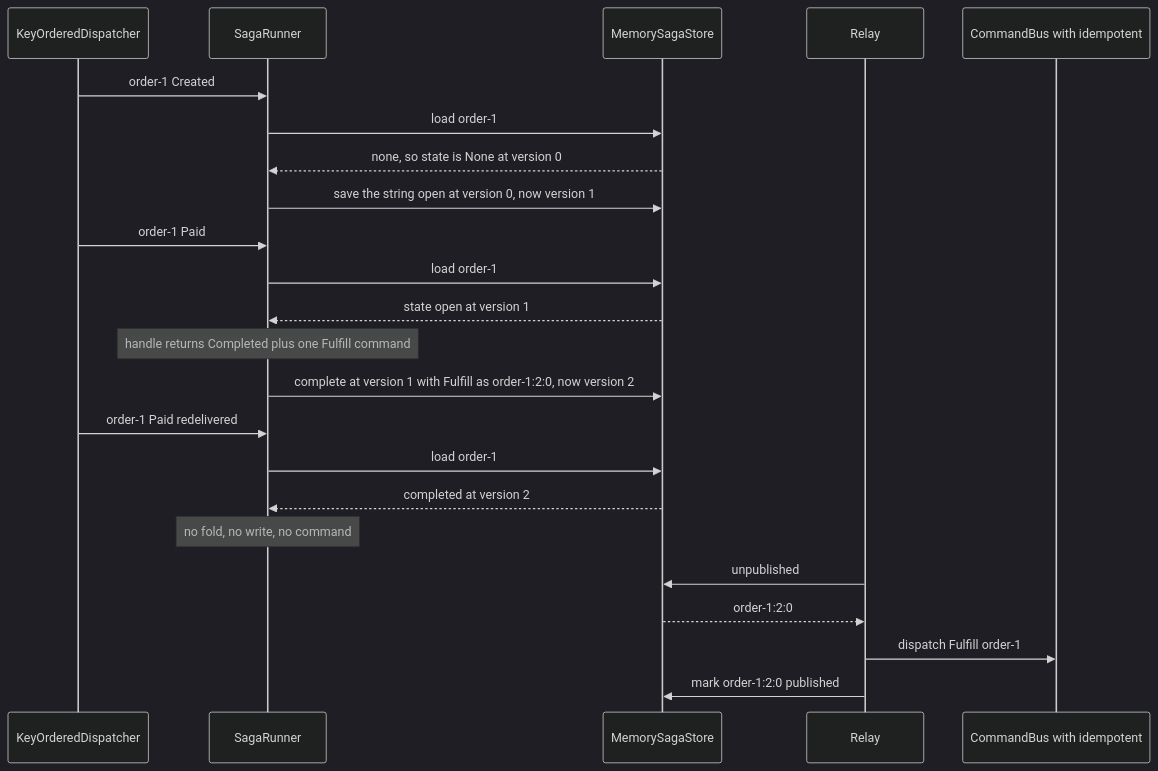
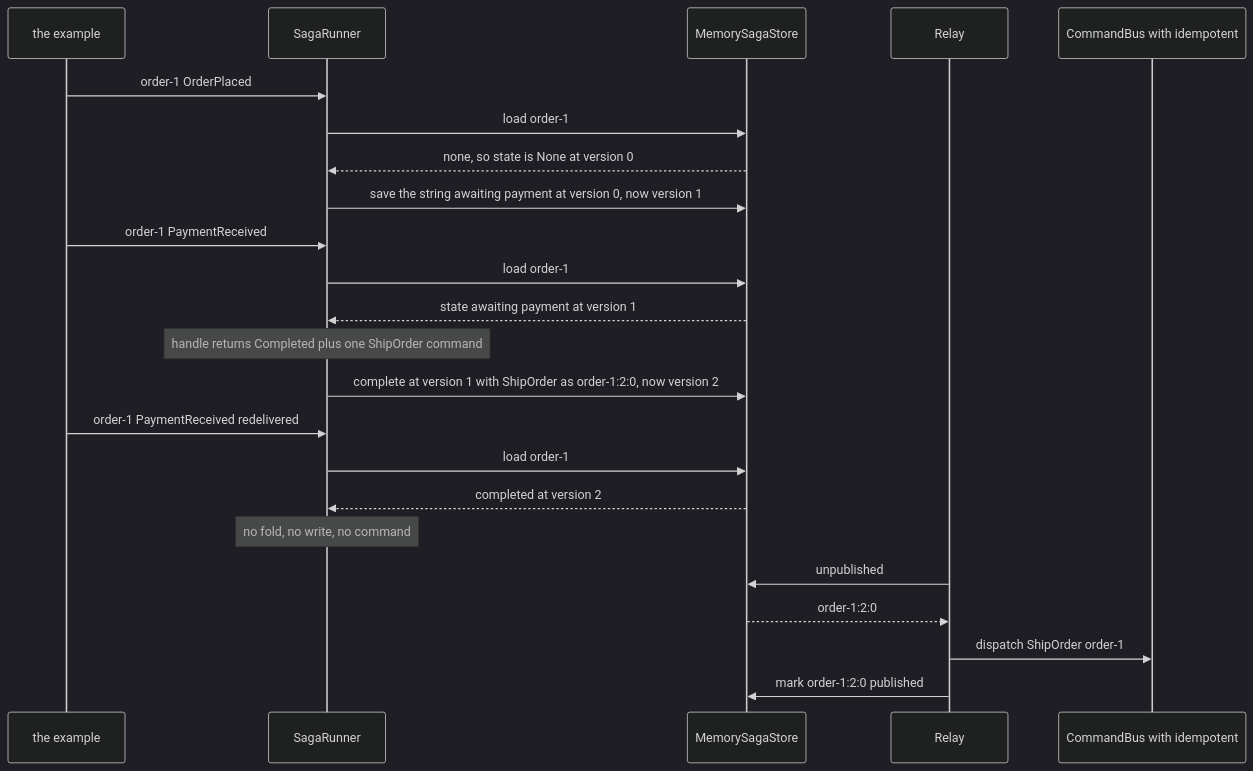
The third of 3 diagrams in docs/sdk/sagas.md (haskian/edax), drawn with Mermaid (dark theme) before and after one commit. The commit also changed other lines of this file and 49 other files, not shown here.

````diff
--- a/docs/sdk/sagas.md
+++ b/docs/sdk/sagas.md
@@ -215,25 +216,25 @@
 ```mermaid
 sequenceDiagram
-    participant D as KeyOrderedDispatcher
+    participant EX as the example
     participant RU as SagaRunner
     participant ST as MemorySagaStore
     participant RL as Relay
     participant CB as CommandBus with idempotent
-    D->>RU: order-1 Created
+    EX->>RU: order-1 OrderPlaced
     RU->>ST: load order-1
     ST-->>RU: none, so state is None at version 0
-    RU->>ST: save the string open at version 0, now version 1
-    D->>RU: order-1 Paid
+    RU->>ST: save the string awaiting payment at version 0, now version 1
+    EX->>RU: order-1 PaymentReceived
     RU->>ST: load order-1
-    ST-->>RU: state open at version 1
-    Note over RU: handle returns Completed plus one Fulfill command
-    RU->>ST: complete at version 1 with Fulfill as order-1:2:0, now version 2
-    D->>RU: order-1 Paid redelivered
+    ST-->>RU: state awaiting payment at version 1
+    Note over RU: handle returns Completed plus one ShipOrder command
+    RU->>ST: complete at version 1 with ShipOrder as order-1:2:0, now version 2
+    EX->>RU: order-1 PaymentReceived redelivered
     RU->>ST: load order-1
     ST-->>RU: completed at version 2
     Note over RU: no fold, no write, no command
     RL->>ST: unpublished
     ST-->>RL: order-1:2:0
-    RL->>CB: dispatch Fulfill order-1
+    RL->>CB: dispatch ShipOrder order-1
     RL->>ST: mark order-1:2:0 published
 ```
````
